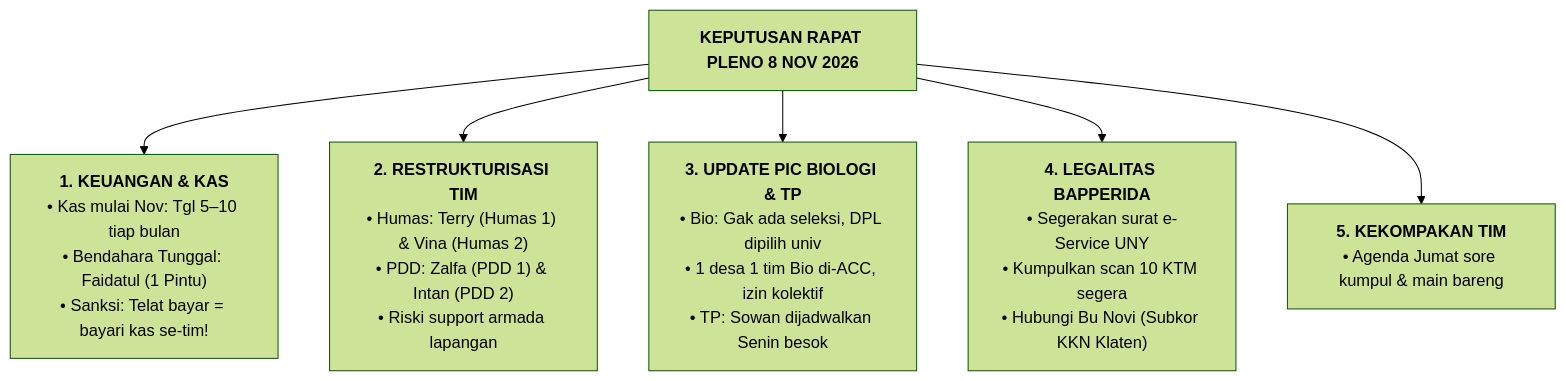
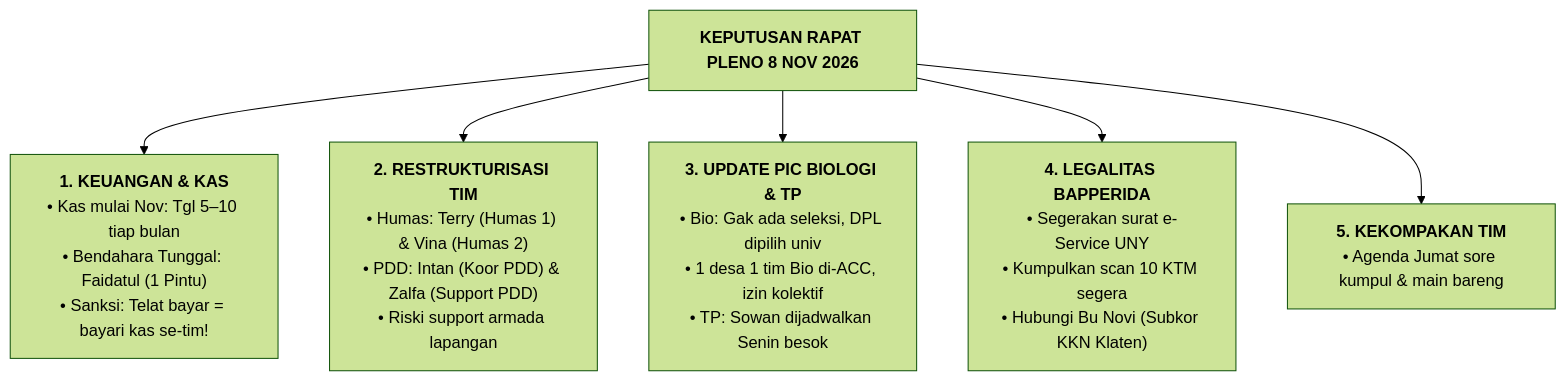
One commit to anothersunrisee/uny-plk changed the first of 2 diagrams in Tim PLK/02 - Fase Pre-PLK/01 - Tata Kelola Tim & First Gathering/Notulensi Resmi Rapat Pleno 8 Nov 2026.md. Above: the diagram before and after it, drawn with Mermaid (forest theme). The commit also changed other lines of this file and 15 other files, not shown here.

Commit message:
fix: tetapkan intan sebagai main koor pdd & zalfa sebagai support pdd di seluruh dok + update pdf

````diff
--- a/Tim PLK/02 - Fase Pre-PLK/01 - Tata Kelola Tim & First Gathering/Notulensi Resmi Rapat Pleno 8 Nov 2026.md
+++ b/Tim PLK/02 - Fase Pre-PLK/01 - Tata Kelola Tim & First Gathering/Notulensi Resmi Rapat Pleno 8 Nov 2026.md
@@ -27,10 +27,10 @@
 ```mermaid
 graph TD
     R["<b>KEPUTUSAN RAPAT PLENO 8 NOV 2026</b>"]
     
     R --> K["<b>1. KEUANGAN & KAS</b><br/>• Kas mulai Nov: Tgl 5–10 tiap bulan<br/>• Bendahara Tunggal: Faidatul (1 Pintu)<br/>• Sanksi: Telat bayar = bayari kas se-tim!"]
-    R --> S["<b>2. RESTRUKTURISASI TIM</b><br/>• Humas: Terry (Humas 1) & Vina (Humas 2)<br/>• PDD: Zalfa (PDD 1) & Intan (PDD 2)<br/>• Riski support armada lapangan"]
+    R --> S["<b>2. RESTRUKTURISASI TIM</b><br/>• Humas: Terry (Humas 1) & Vina (Humas 2)<br/>• PDD: Intan (Koor PDD) & Zalfa (Support PDD)<br/>• Riski support armada lapangan"]
     R --> B["<b>3. UPDATE PIC BIOLOGI & TP</b><br/>• Bio: Gak ada seleksi, DPL dipilih univ<br/>• 1 desa 1 tim Bio di-ACC, izin kolektif<br/>• TP: Sowan dijadwalkan Senin besok"]
     R --> L["<b>4. LEGALITAS BAPPERIDA</b><br/>• Segerakan surat e-Service UNY<br/>• Kumpulkan scan 10 KTM segera<br/>• Hubungi Bu Novi (Subkor KKN Klaten)"]
     R --> T["<b>5. KEKOMPAKAN TIM</b><br/>• Agenda Jumat sore kumpul & main bareng"]
 ```
````
